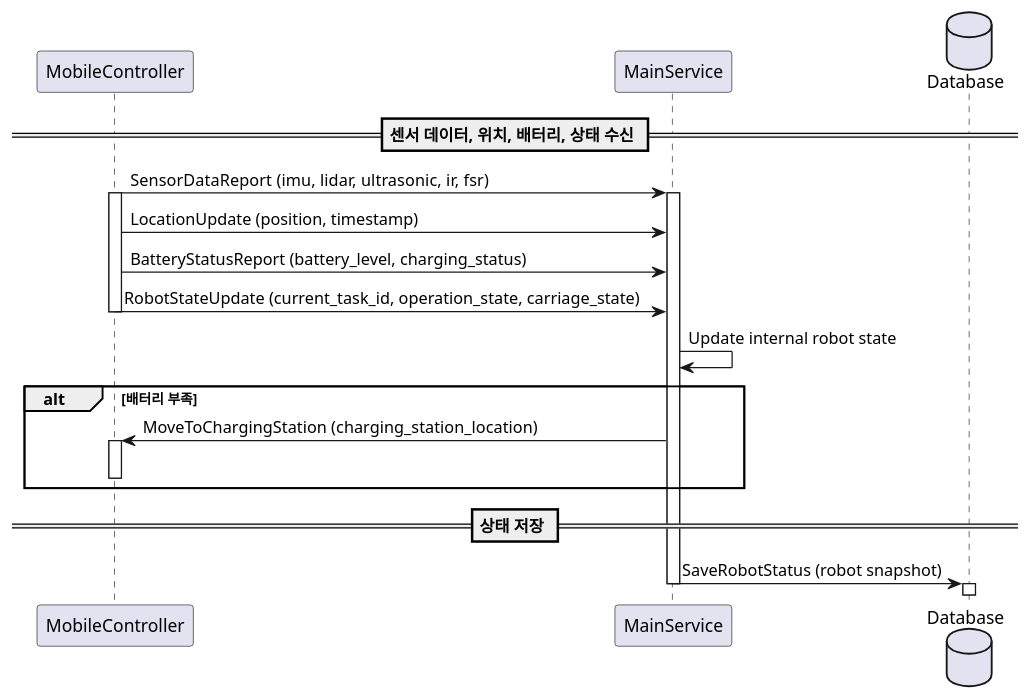
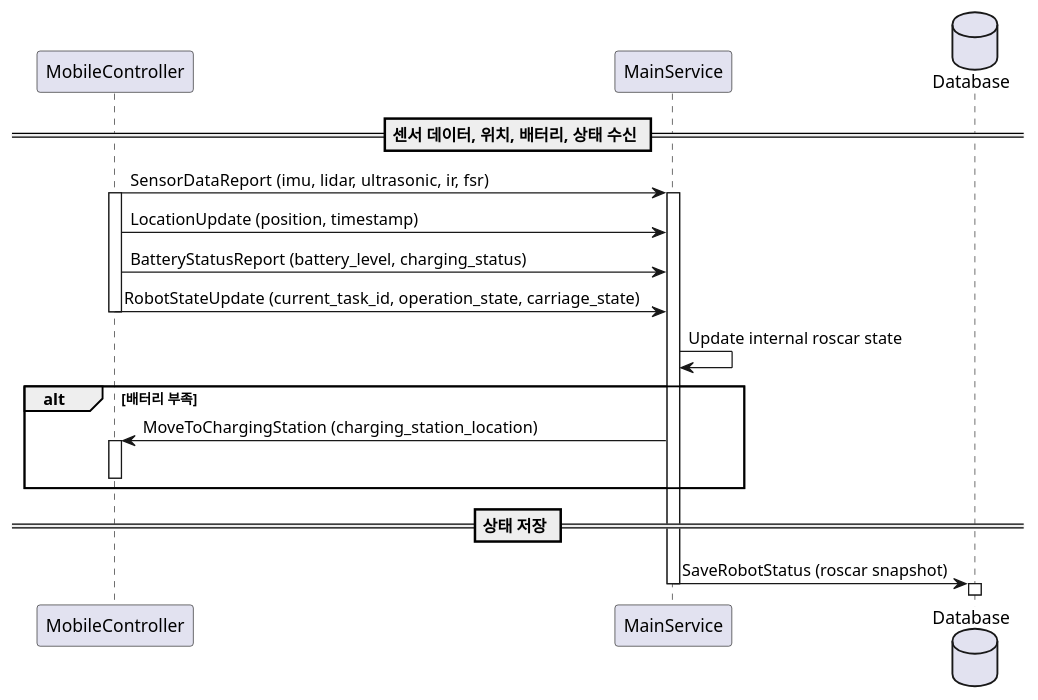
Before and after one commit to addinedu-ros-8th/ros-repo-3: diagram 17 of 24 in docs/sequence_diagram v1-component.md, drawn with PlantUML. The commit also changed other lines of this file and 108 other files, not shown here.

Commit message:
Fix build and Rename robot to roscar

````diff
--- a/docs/sequence_diagram v1-component.md
+++ b/docs/sequence_diagram v1-component.md
@@ -777,34 +777,34 @@
 ```plantuml
 @startuml
 participant MobileController
 participant MainService
 database Database
 
 == 센서 데이터, 위치, 배터리, 상태 수신 ==
 
 MobileController -> MainService: SensorDataReport (imu, lidar, ultrasonic, ir, fsr)
 activate MobileController
 activate MainService
 
 MobileController -> MainService: LocationUpdate (position, timestamp)
 MobileController -> MainService: BatteryStatusReport (battery_level, charging_status)
 MobileController -> MainService: RobotStateUpdate (current_task_id, operation_state, carriage_state)
 deactivate MobileController
 
-MainService -> MainService: Update internal robot state
+MainService -> MainService: Update internal roscar state
 
 alt 배터리 부족
     MainService -> MobileController: MoveToChargingStation (charging_station_location)
     activate MobileController
     deactivate MobileController
 end
 
 == 상태 저장 ==
 
-MainService -> Database: SaveRobotStatus (robot snapshot)
+MainService -> Database: SaveRobotStatus (roscar snapshot)
 deactivate MainService
 activate Database
 deactivate Database
 
 @enduml
 ```
````
